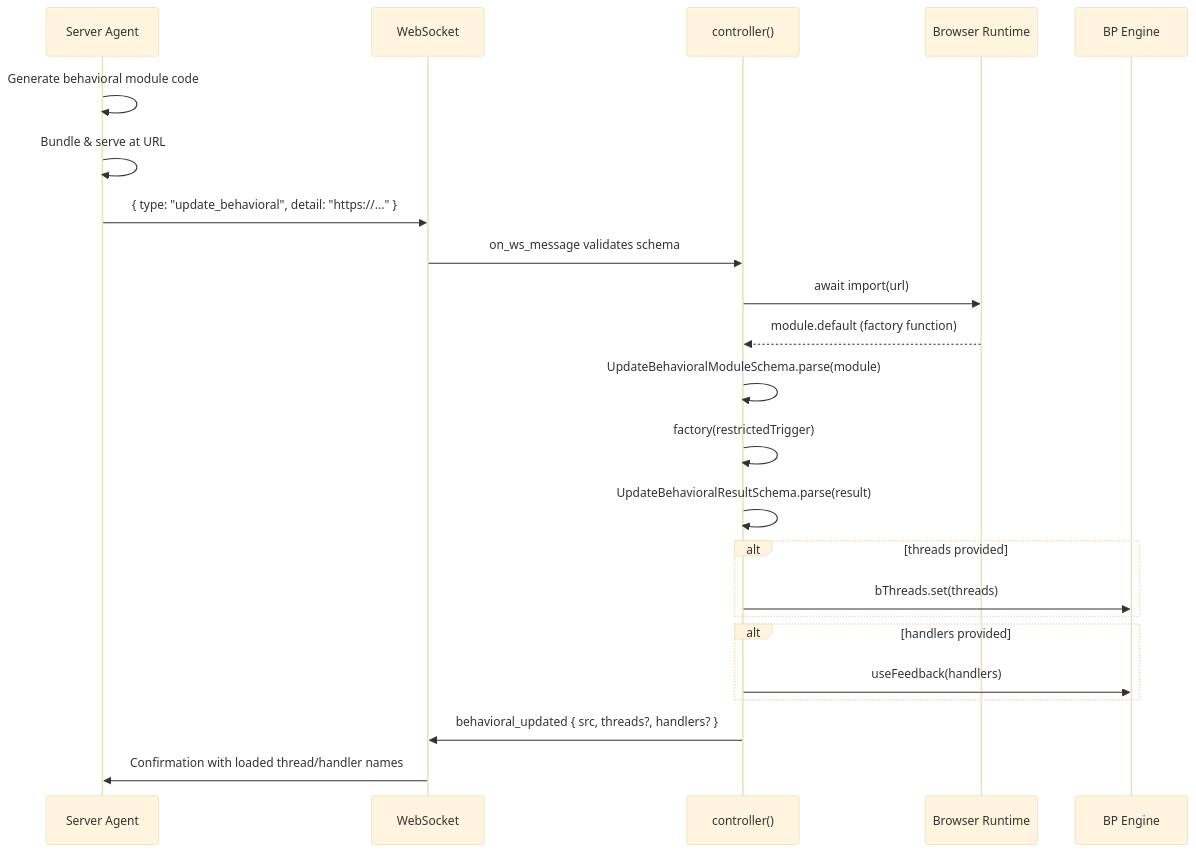
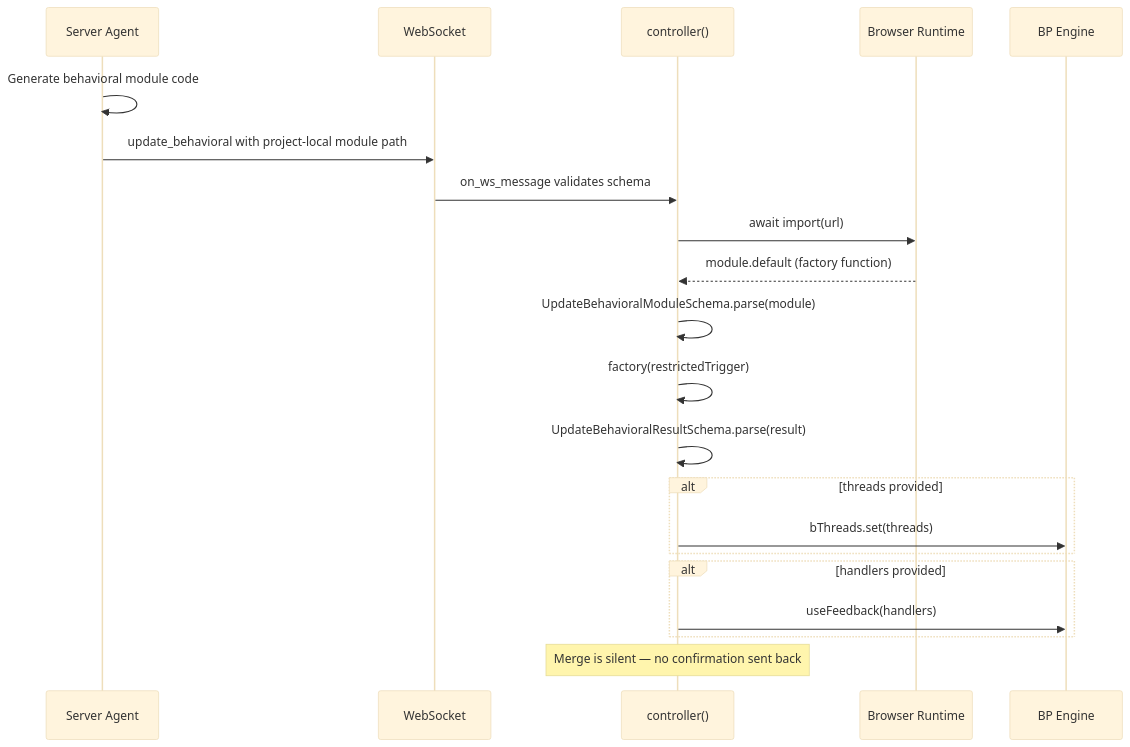
One commit to plaited/plaited changed the diagram in skills/generative-ui/references/update-behavioral.md. Above: the diagram before and after it, drawn with Mermaid (base theme). The commit also changed other lines of this file and 257 other files, not shown here.

````diff
--- a/skills/generative-ui/references/update-behavioral.md
+++ b/skills/generative-ui/references/update-behavioral.md
@@ -11,30 +11,28 @@
 ```mermaid
 sequenceDiagram
     participant Agent as Server Agent
     participant WS as WebSocket
     participant Controller as controller()
     participant Browser as Browser Runtime
     participant BP as BP Engine
 
     Agent->>Agent: Generate behavioral module code
-    Agent->>Agent: Bundle & serve at URL
-    Agent->>WS: { type: "update_behavioral", detail: "https://..." }
+    Agent->>WS: update_behavioral with project-local module path
 
     WS->>Controller: on_ws_message validates schema
     Controller->>Browser: await import(url)
     Browser-->>Controller: module.default (factory function)
 
     Controller->>Controller: UpdateBehavioralModuleSchema.parse(module)
     Controller->>Controller: factory(restrictedTrigger)
     Controller->>Controller: UpdateBehavioralResultSchema.parse(result)
 
     alt threads provided
         Controller->>BP: bThreads.set(threads)
     end
     alt handlers provided
         Controller->>BP: useFeedback(handlers)
     end
 
-    Controller->>WS: behavioral_updated { src, threads?, handlers? }
-    WS->>Agent: Confirmation with loaded thread/handler names
+    Note over Controller: Merge is silent — no confirmation sent back
 ```
````
